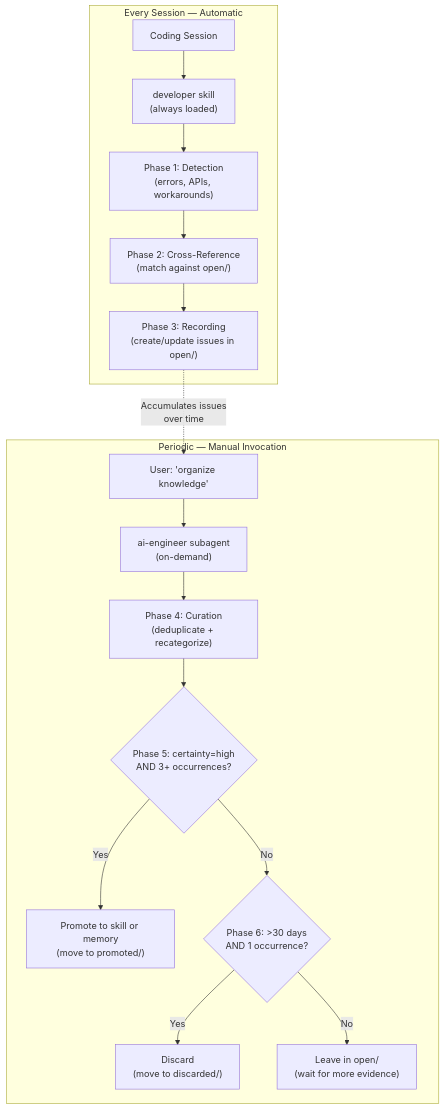
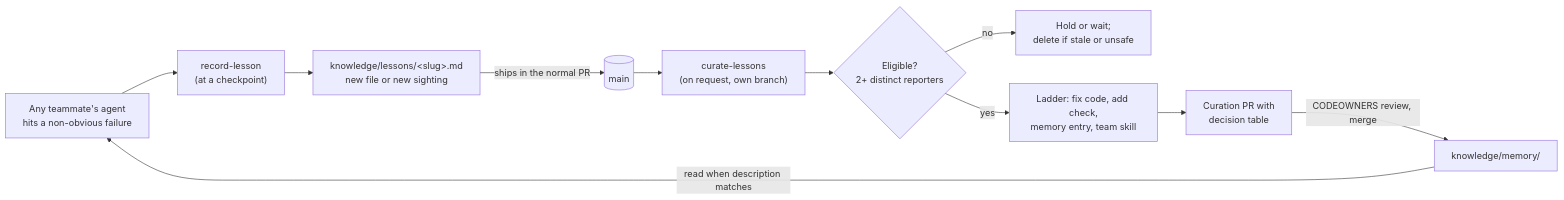
One commit to pablodiazjorge/prompt-forge changed the diagram in architecture.md. Above: the diagram before and after it, drawn with Mermaid. The commit also changed other lines of this file and 16 other files, not shown here.

````diff
--- a/architecture.md
+++ b/architecture.md
@@ -753,33 +107,13 @@
 ```mermaid
-flowchart TD
-    subgraph Automatic["Every Session — Automatic"]
-        A["Coding Session"] --> B["developer skill
-(always loaded)"]
-        B --> C["Phase 1: Detection
-(errors, APIs, workarounds)"]
-        C --> D["Phase 2: Cross-Reference
-(match against open/)"]
-        D --> E["Phase 3: Recording
-(create/update issues in open/)"]
-    end
-
-    subgraph Manual["Periodic — Manual Invocation"]
-        F["User: 'organize knowledge'"] --> G["ai-engineer subagent
-(on-demand)"]
-        G --> H["Phase 4: Curation
-(deduplicate + recategorize)"]
-        H --> I{"Phase 5: certainty=high
-AND 3+ occurrences?"}
-        I -->|Yes| J["Promote to skill or memory
-(move to promoted/)"]
-        I -->|No| K{"Phase 6: >30 days
-AND 1 occurrence?"}
-        K -->|Yes| L["Discard
-(move to discarded/)"]
-        K -->|No| M["Leave in open/
-(wait for more evidence)"]
-    end
-
-    E -.->|"Accumulates issues
-over time"| F
+flowchart LR
+    A["Any teammate's agent<br/>hits a non-obvious failure"] --> B["record-lesson<br/>(at a checkpoint)"]
+    B --> C["knowledge/lessons/&lt;slug&gt;.md<br/>new file or new sighting"]
+    C -->|"ships in the normal PR"| D[("main")]
+    D --> E["curate-lessons<br/>(on request, own branch)"]
+    E --> F{"Eligible?<br/>2+ distinct reporters"}
+    F -->|"no"| G["Hold or wait;<br/>delete if stale or unsafe"]
+    F -->|"yes"| H["Ladder: fix code, add check,<br/>memory entry, team skill"]
+    H --> I["Curation PR with<br/>decision table"]
+    I -->|"CODEOWNERS review, merge"| J["knowledge/memory/"]
+    J -->|"read when description matches"| A
 ```
````
